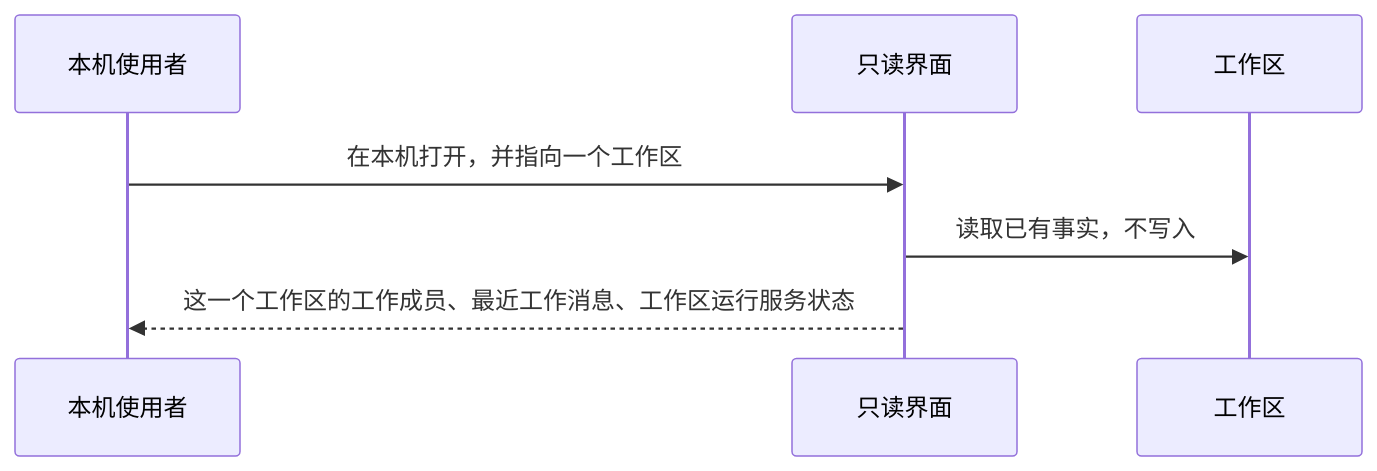
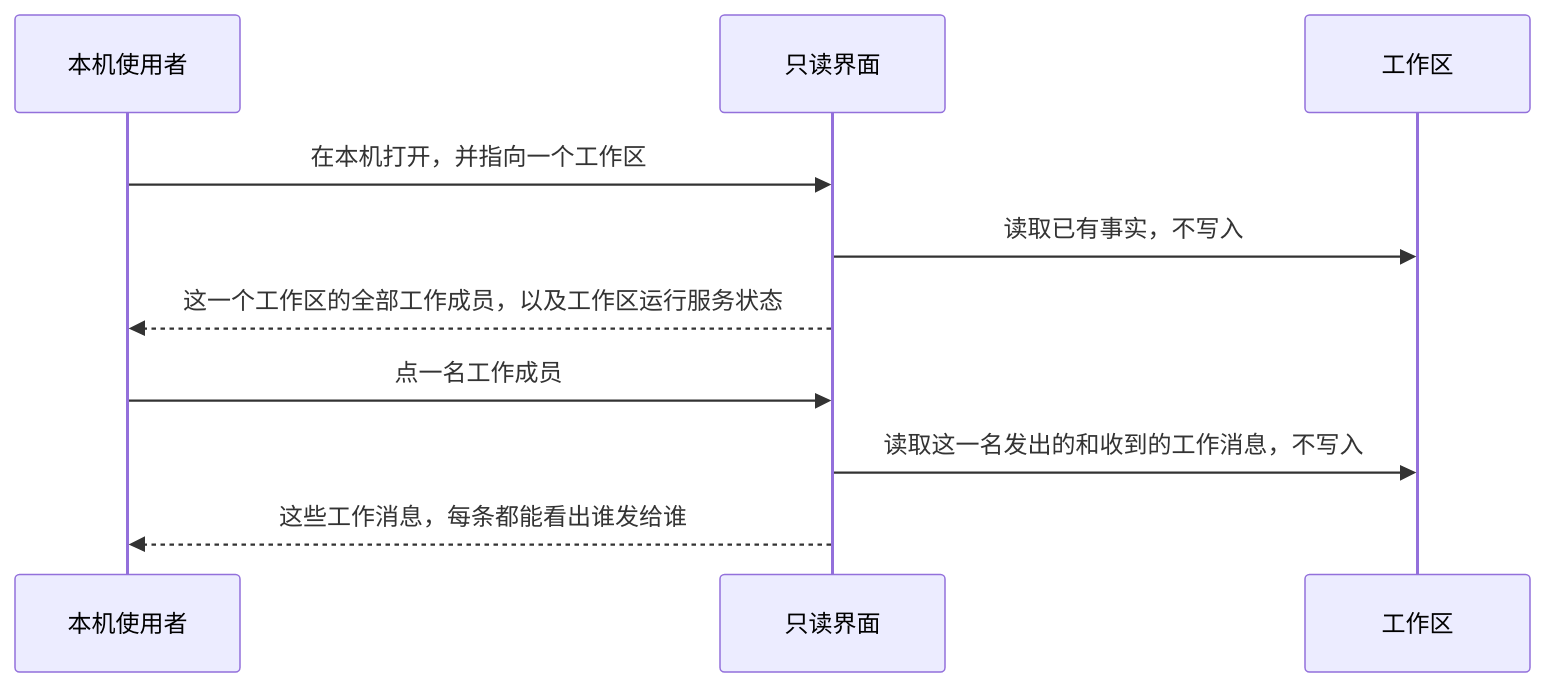
Before and after one commit to xforce-io/atelier: the first of 6 diagrams in docs/design/25-readonly-workspace-ui/product.md, drawn with Mermaid. The commit also changed other lines of this file, not shown here.

````diff
--- a/docs/design/25-readonly-workspace-ui/product.md
+++ b/docs/design/25-readonly-workspace-ui/product.md
@@ -61,9 +65,12 @@
 ```mermaid
 sequenceDiagram
     participant User as 本机使用者
     participant View as 只读界面
     participant Ws as 工作区
     User->>View: 在本机打开，并指向一个工作区
     View->>Ws: 读取已有事实，不写入
-    View-->>User: 这一个工作区的工作成员、最近工作消息、工作区运行服务状态
+    View-->>User: 这一个工作区的全部工作成员，以及工作区运行服务状态
+    User->>View: 点一名工作成员
+    View->>Ws: 读取这一名发出的和收到的工作消息，不写入
+    View-->>User: 这些工作消息，每条都能看出谁发给谁
 ```
````
